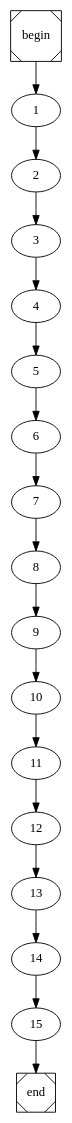
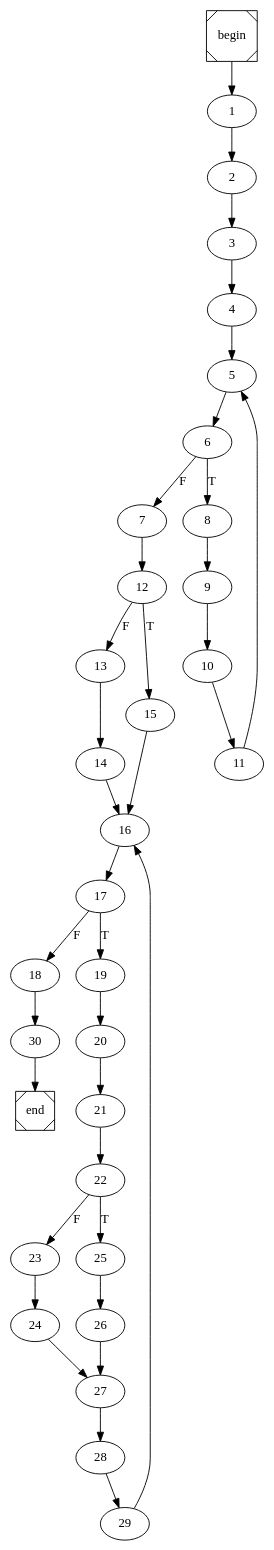
The diagram in main.dot (arubenruben/JMM-Compiler), drawn with Graphviz before and after one commit. The commit also changed 13 other files, not shown here.

```diff
--- a/main.dot
+++ b/main.dot
@@ -1,4 +1,4 @@
 digraph cfg {
 	begin [shape=Msquare];
 	end [shape=Msquare];
-	begin -> 1;	1 -> 2;	2 -> 3;	3 -> 4;	4 -> 5;	5 -> 6;	6 -> 7;	7 -> 8;	8 -> 9;	9 -> 10;	10 -> 11;	11 -> 12;	12 -> 13;	13 -> 14;	14 -> 15;	15 -> end;}
+	begin -> 1;	1 -> 2;	2 -> 3;	3 -> 4;	4 -> 5;	5 -> 6;	6 -> 8[label=T];	6 -> 7[label=F];	7 -> 12;	8 -> 9;	9 -> 10;	10 -> 11;	11 -> 5;	12 -> 15[label=T];	12 -> 13[label=F];	13 -> 14;	14 -> 16;	15 -> 16;	16 -> 17;	17 -> 19[label=T];	17 -> 18[label=F];	18 -> 30;	19 -> 20;	20 -> 21;	21 -> 22;	22 -> 25[label=T];	22 -> 23[label=F];	23 -> 24;	24 -> 27;	25 -> 26;	26 -> 27;	27 -> 28;	28 -> 29;	29 -> 16;	30 -> end;}
```
